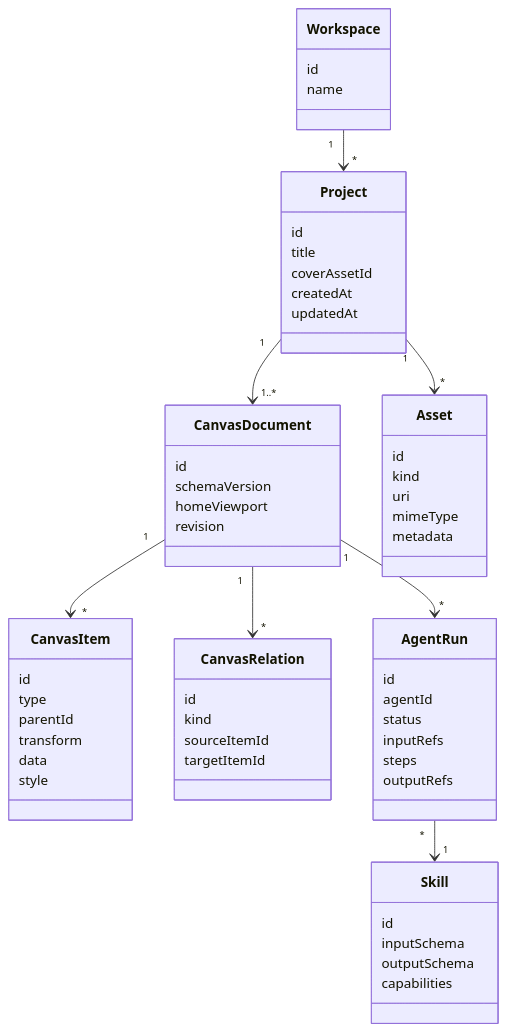
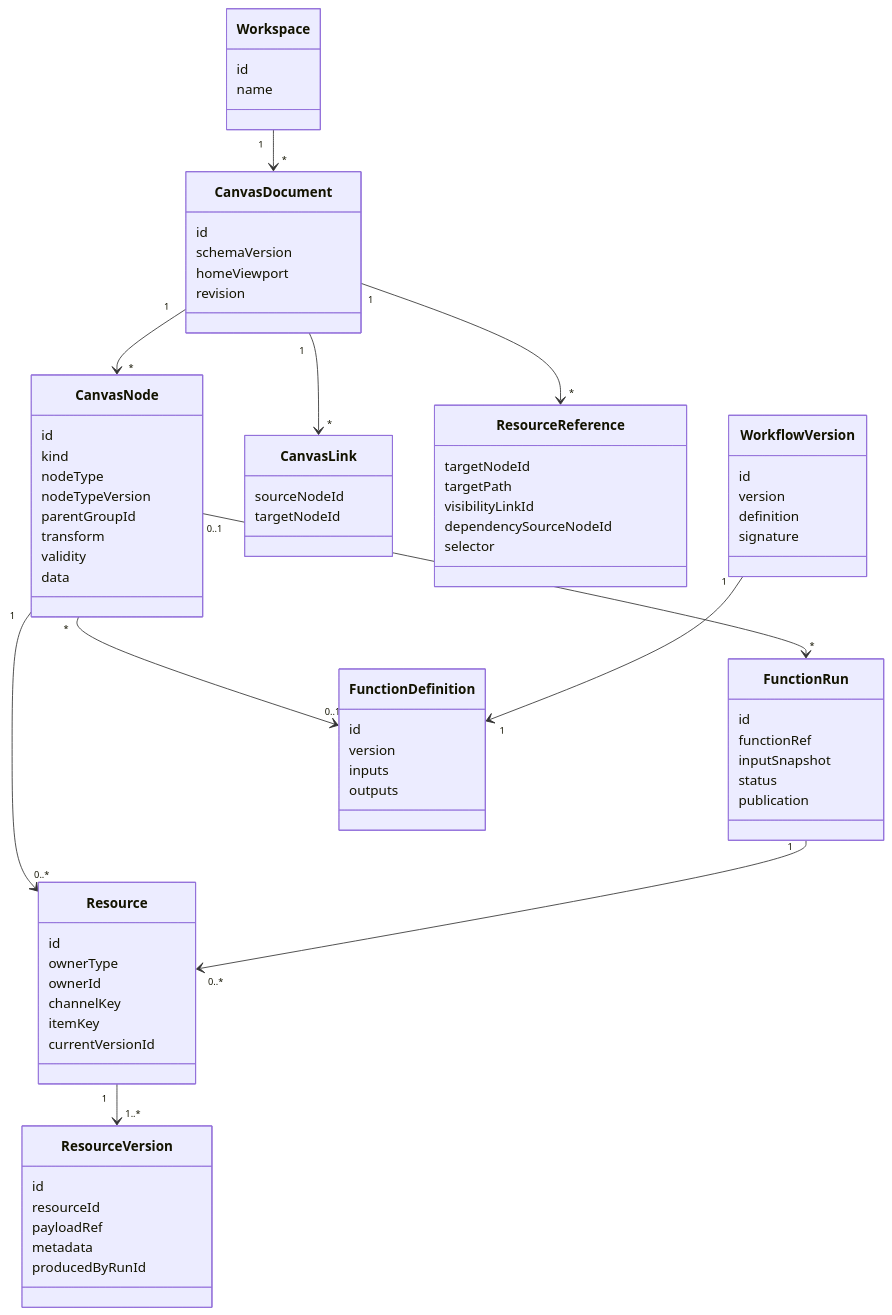
One commit to fengwk/kk-studio changed the second of 2 diagrams in docs/product-design/infinite-canvas-prototype.md. Above: the diagram before and after it, drawn with Mermaid. The commit also changed other lines of this file and 4 other files, not shown here.

Commit message:
docs: define infinite canvas architecture

````diff
--- a/docs/product-design/infinite-canvas-prototype.md
+++ b/docs/product-design/infinite-canvas-prototype.md
@@ -102,63 +111,79 @@
 ```mermaid
 classDiagram
     class Workspace {
       id
       name
-    }
-    class Project {
-      id
-      title
-      coverAssetId
-      createdAt
-      updatedAt
     }
     class CanvasDocument {
       id
       schemaVersion
       homeViewport
       revision
     }
-    class CanvasItem {
-      id
-      type
-      parentId
-      transform
-      data
-      style
-    }
-    class CanvasRelation {
+    class CanvasNode {
       id
       kind
-      sourceItemId
-      targetItemId
+      nodeType
+      nodeTypeVersion
+      parentGroupId
+      transform
+      validity
+      data
     }
-    class Asset {
+    class Resource {
       id
-      kind
-      uri
-      mimeType
+      ownerType
+      ownerId
+      channelKey
+      itemKey
+      currentVersionId
+    }
+    class ResourceVersion {
+      id
+      resourceId
+      payloadRef
       metadata
+      producedByRunId
     }
-    class AgentRun {
+    class CanvasLink {
+      sourceNodeId
+      targetNodeId
+    }
+    class ResourceReference {
+      targetNodeId
+      targetPath
+      visibilityLinkId
+      dependencySourceNodeId
+      selector
+    }
+    class FunctionRun {
       id
-      agentId
+      functionRef
+      inputSnapshot
       status
-      inputRefs
-      steps
-      outputRefs
+      publication
     }
-    class Skill {
+    class FunctionDefinition {
       id
-      inputSchema
-      outputSchema
-      capabilities
+      version
+      inputs
+      outputs
+    }
+    class WorkflowVersion {
+      id
+      version
+      definition
+      signature
     }
 
-    Workspace "1" --> "*" Project
-    Project "1" --> "1..*" CanvasDocument
-    Project "1" --> "*" Asset
-    CanvasDocument "1" --> "*" CanvasItem
-    CanvasDocument "1" --> "*" CanvasRelation
-    CanvasDocument "1" --> "*" AgentRun
-    AgentRun "*" --> "1" Skill
+    Workspace "1" --> "*" CanvasDocument
+    CanvasDocument "1" --> "*" CanvasNode
+    CanvasDocument "1" --> "*" CanvasLink
+    CanvasDocument "1" --> "*" ResourceReference
+    CanvasNode "1" --> "0..*" Resource
+    FunctionRun "1" --> "0..*" Resource
+    Resource "1" --> "1..*" ResourceVersion
+    CanvasNode "*" --> "0..1" FunctionDefinition
+    CanvasNode "0..1" --> "*" FunctionRun
+    WorkflowVersion "1" --> "1" FunctionDefinition
 ```
````
